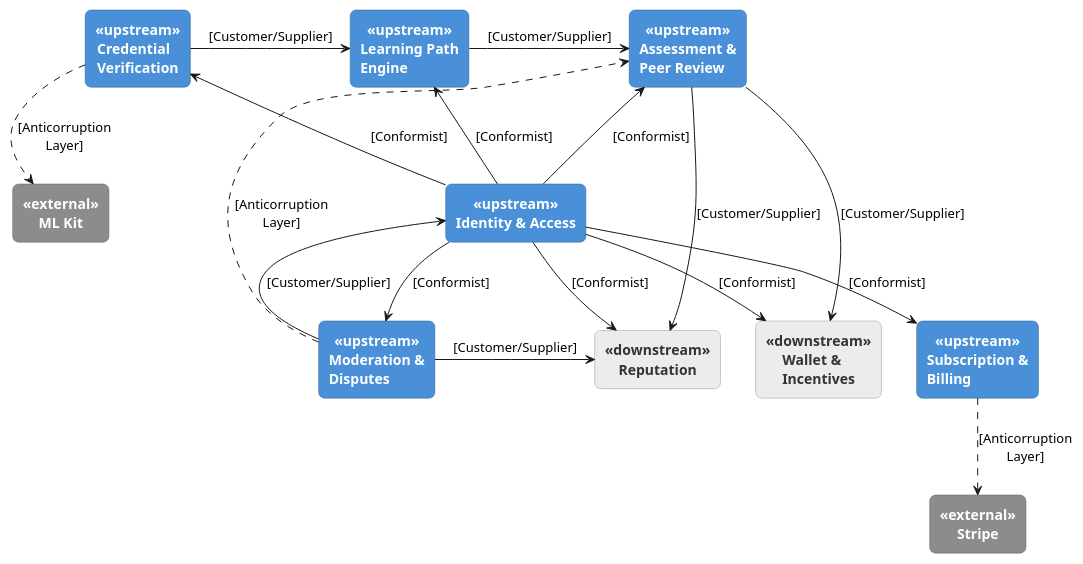
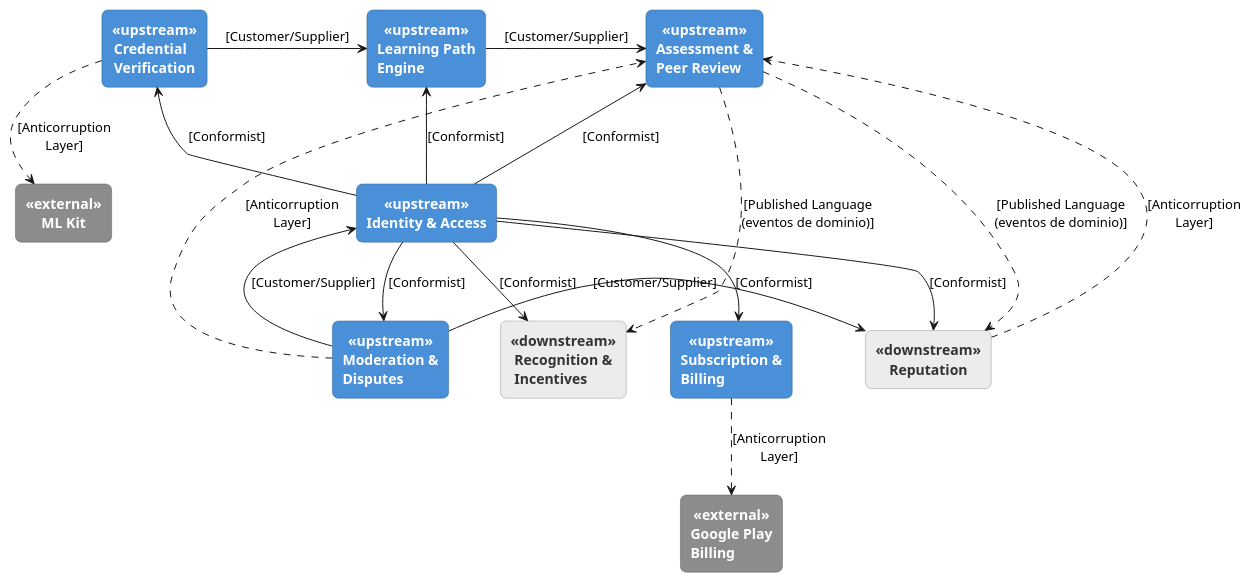
One commit to Aplicaciones-Dispositivos-Moviles/SkillSwap-ProjectReport changed the diagram in DB&C4/SkillSwapContextMapping.puml. Above: the diagram before and after it, drawn with PlantUML. The commit also changed 17 other files, not shown here.

```diff
--- a/DB&C4/SkillSwapContextMapping.puml
+++ b/DB&C4/SkillSwapContextMapping.puml
@@ -1,83 +1,86 @@
 @startuml SkillSwapContextMapping
 
 skinparam backgroundColor transparent
 skinparam rectangle {
     RoundCorner 12
     BorderColor #333333
     FontStyle bold
 }
 
 skinparam rectangle<<upstream>> {
     BackgroundColor #4A90D9
     FontColor white
     BorderColor #2C5F8A
 }
 
 skinparam rectangle<<downstream>> {
     BackgroundColor #ECECEC
     FontColor #333333
     BorderColor #999999
 }
 
 skinparam rectangle<<external>> {
     BackgroundColor #8C8C8C
     FontColor white
     BorderColor #5C5C5C
 }
 
 ' ===== Fila superior =====
 rectangle "Credential\nVerification" as CV <<upstream>>
 rectangle "Learning Path\nEngine" as LPE <<upstream>>
 rectangle "Assessment &\nPeer Review" as APR <<upstream>>
 rectangle "ML Kit" as MLK <<external>>
 
 ' ===== Fila media =====
 rectangle "Identity & Access" as IAM <<upstream>>
 rectangle "Reputation" as REP <<downstream>>
 
 ' ===== Fila inferior =====
 rectangle "Moderation &\nDisputes" as MOD <<upstream>>
-rectangle "Wallet &\nIncentives" as WAL <<downstream>>
+rectangle "Recognition &\nIncentives" as REC <<downstream>>
 rectangle "Subscription &\nBilling" as SUB <<upstream>>
-rectangle "Stripe" as STR <<external>>
+rectangle "Google Play\nBilling" as GPB <<external>>
 
 ' ===== Layout: forzar filas con enlaces invisibles =====
 CV -[hidden]right-> LPE
 LPE -[hidden]right-> APR
 APR -[hidden]right-> MLK
 IAM -[hidden]right-> REP
-MOD -[hidden]right-> WAL
-WAL -[hidden]right-> SUB
-SUB -[hidden]right-> STR
+MOD -[hidden]right-> REC
+REC -[hidden]right-> SUB
+SUB -[hidden]right-> GPB
 CV -[hidden]down-> IAM
 IAM -[hidden]down-> MOD
 
 ' ===== Relaciones reales =====
 
 ' Fila superior
 CV -right-> LPE : [Customer/Supplier]
 LPE -right-> APR : [Customer/Supplier]
 CV ..> MLK : [Anticorruption\nLayer]
 
 ' Identity & Access como Upstream/Conformist hacia todos
 IAM -up-> CV : [Conformist]
 IAM -up-> LPE : [Conformist]
 IAM -up-> APR : [Conformist]
 IAM -right-> REP : [Conformist]
-IAM -down-> WAL : [Conformist]
+IAM -down-> REC : [Conformist]
 IAM -left-> MOD : [Conformist]
 IAM -down-> SUB : [Conformist]
 
-' Assessment & Peer Review hacia Reputation y Wallet
-APR -down-> REP : [Customer/Supplier]
-APR -down-> WAL : [Customer/Supplier]
+' Assessment & Peer Review hacia Reputation y Recognition & Incentives (eventos de dominio)
+APR ..> REP : [Published Language\n(eventos de dominio)]
+APR ..> REC : [Published Language\n(eventos de dominio)]
+
+' Reputation hacia Assessment & Peer Review (sincroniza rating, vía ACL)
+REP ..> APR : [Anticorruption\nLayer]
 
 ' Moderation & Disputes
 MOD -up-> IAM : [Customer/Supplier]
 MOD -right-> REP : [Customer/Supplier]
 MOD ..> APR : [Anticorruption\nLayer]
 
-' Subscription & Billing (independiente de Wallet & Incentives)
-SUB ..> STR : [Anticorruption\nLayer]
+' Subscription & Billing (independiente de Recognition & Incentives)
+SUB ..> GPB : [Anticorruption\nLayer]
 
 @enduml
```
